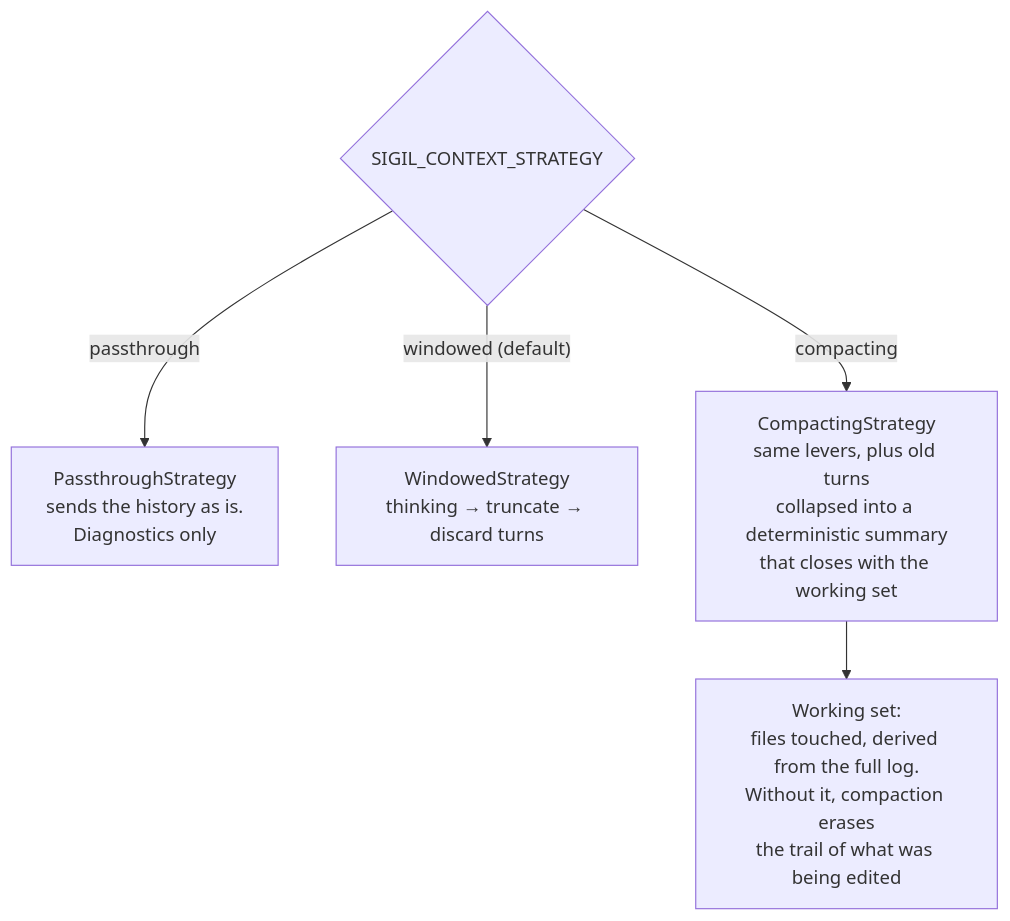
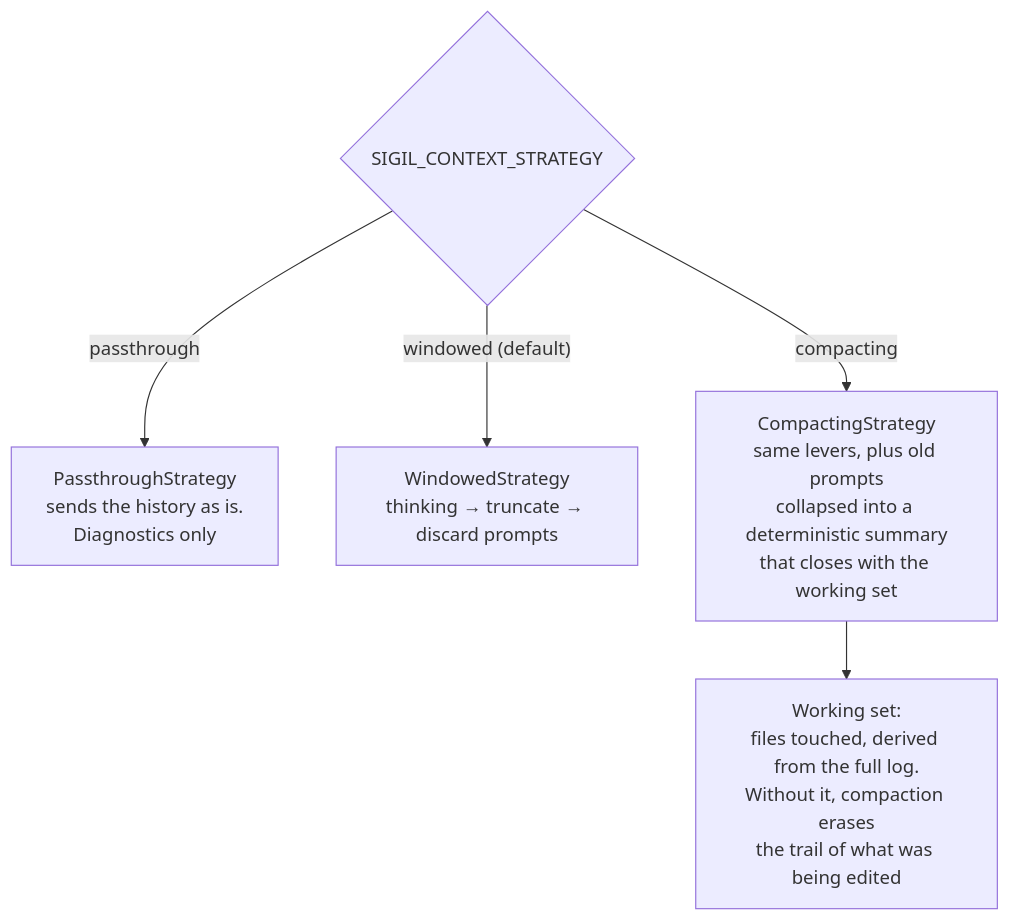
Before and after one commit to GabrielMartinMoran/sigil: diagram 16 of 16 in docs/context.md, drawn with Mermaid. The commit also changed other lines of this file and 59 other files, not shown here.

````diff
--- a/docs/context.md
+++ b/docs/context.md
@@ -645,10 +651,10 @@
 ```mermaid
 flowchart TD
     S{"SIGIL_CONTEXT_STRATEGY"}
 
     S -->|"passthrough"| P["PassthroughStrategy<br/>sends the history as is.<br/>Diagnostics only"]
-    S -->|"windowed (default)"| W["WindowedStrategy<br/>thinking → truncate → discard turns"]
-    S -->|"compacting"| C["CompactingStrategy<br/>same levers, plus old turns<br/>collapsed into a deterministic summary<br/>that closes with the working set"]
+    S -->|"windowed (default)"| W["WindowedStrategy<br/>thinking → truncate → discard prompts"]
+    S -->|"compacting"| C["CompactingStrategy<br/>same levers, plus old prompts<br/>collapsed into a deterministic summary<br/>that closes with the working set"]
 
     C --> WS["Working set:<br/>files touched, derived from the full log.<br/>Without it, compaction erases<br/>the trail of what was being edited"]
 ```
````
